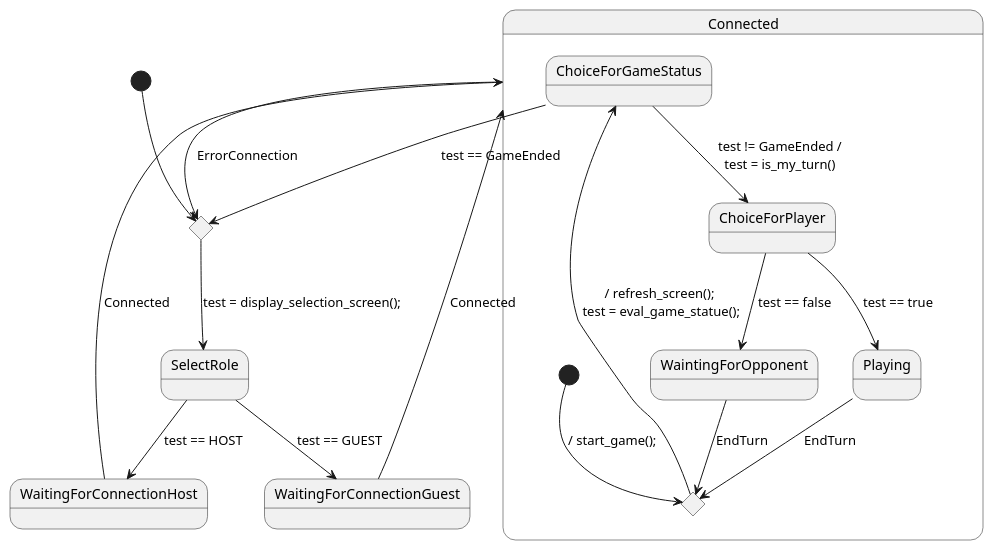
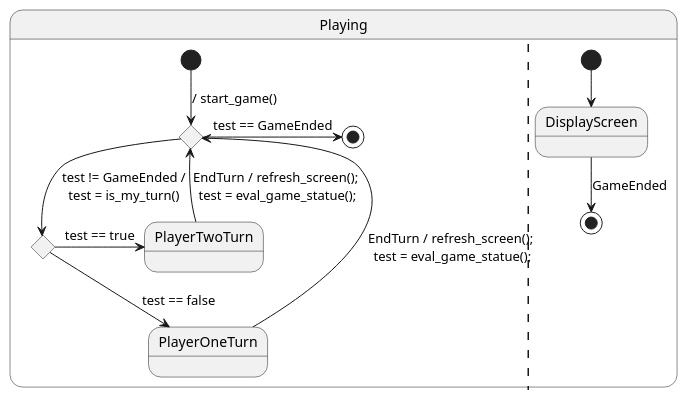
The diagram in state_machine.iuml (Brinfer/Tic-Tac-Toe), drawn with PlantUML before and after one commit. The commit also changed 1 other file, not shown here.

```diff
--- a/state_machine.iuml
+++ b/state_machine.iuml
@@ -1,44 +1,35 @@
 @startuml StateMachine
 
-state "SelectRole" as select_role
-state "WaitingForConnectionHost" as waiting_for_fonnection_host
-state "WaitingForConnectionGuest" as waiting_for_connection_guest
-state fusionStart <<choice>>
+' state "SelectRole" as select_role
+' state "WaitingForConnectionHost" as waiting_for_fonnection_host
+' state "WaitingForConnectionGuest" as waiting_for_connection_guest
+' state fusionStart <<choice>>
 
-state "Connected" as connected {
-    state "ChoiceForGameStatus" as choice_for_game_status
-    state "ChoiceForPlayer" as choice_for_player
-    state "Playing" as playing
-    state "WaintingForOpponent" as wainting_for_opponent
-    state fusion <<choice>>
+state "Playing" as connected {
+    state "ChoiceForGameStatus" as choice_for_game_status <<choice>>
+    state "ChoiceForPlayer" as choice_for_player <<choice>>
+    state "PlayerTwoTurn" as playing
+    state "PlayerOneTurn" as wainting_for_opponent
 
-    [*] --> fusion  : / start_game();
+    [*] -down-> choice_for_game_status : / start_game()
 
-    fusion --> choice_for_game_status : / refresh_screen();\n test = eval_game_statue();
+    choice_for_game_status -right-> [*] : test == GameEnded
+    choice_for_game_status -down-> choice_for_player : test != GameEnded /\ntest = is_my_turn()
 
-    choice_for_game_status --> choice_for_player : test != GameEnded /\ntest = is_my_turn()
-    choice_for_game_status --> fusionStart : test == GameEnded
+    choice_for_player -right-> playing : test == true
+    choice_for_player -down-> wainting_for_opponent : test == false
 
-    choice_for_player --> playing : test == true
-    choice_for_player --> wainting_for_opponent : test == false
+    playing -up-> choice_for_game_status : EndTurn / refresh_screen();\n test = eval_game_statue();
 
-    playing --> fusion : EndTurn
+    wainting_for_opponent -up-> choice_for_game_status : EndTurn / refresh_screen();\n test = eval_game_statue();
 
-    wainting_for_opponent --> fusion : EndTurn
+    ||
+
+    state "DisplayScreen" as display
+
+    [*] --> display
+
+    ' display --> display : NextTurn / refresh_screen()
+    display --> [*] : GameEnded
 }
-
-
-[*] --> fusionStart
-
-fusionStart --> select_role : test = display_selection_screen();
-
-select_role --> waiting_for_connection_guest : test == GUEST
-select_role --> waiting_for_fonnection_host : test == HOST
-
-waiting_for_fonnection_host --> connected : Connected
-
-waiting_for_connection_guest --> connected : Connected
-
-connected --> fusionStart : ErrorConnection
-
 @enduml
```
